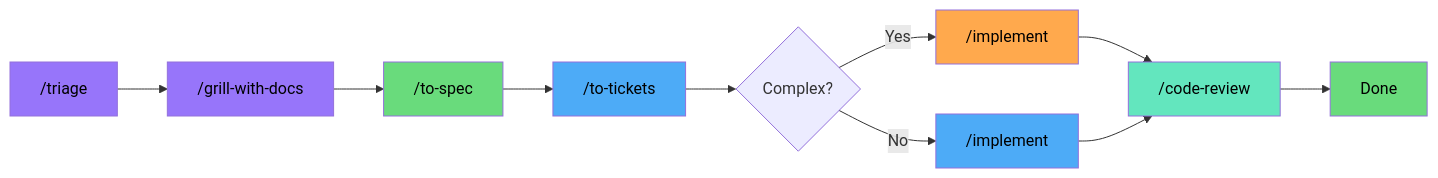
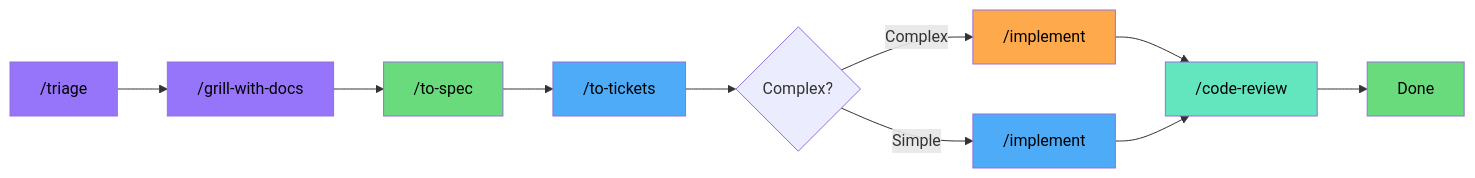
Before and after one commit to elisharkray1030/ai-coding-workflow: the first of 12 diagrams in README.md, drawn with Mermaid. The commit also changed other lines of this file, not shown here.

First line of the commit message:
fix: clarify mermaid diagram labels and add quality gate loop

````diff
--- a/README.md
+++ b/README.md
@@ -35,27 +35,27 @@
 ```mermaid
 graph LR
     TR[ /triage] --> IN[ /grill-with-docs]
     IN --> SP[ /to-spec]
     SP --> TK[ /to-tickets]
     TK --> D{Complex?}
-    D -->|Yes| IC[ /implement]
-    D -->|No| IS[ /implement]
+    D -->|Complex| IC[ /implement]
+    D -->|Simple| IS[ /implement]
     IC --> CR[ /code-review]
     IS --> CR
     CR --> DN[Done]
 
     classDef purple fill:#9775fa,color:#000
     classDef green fill:#69db7c,color:#000
     classDef blue fill:#4dabf7,color:#000
     classDef orange fill:#ffa94d,color:#000
     classDef teal fill:#63e6be,color:#000
     classDef yellow fill:#fcc419,color:#000
     classDef red fill:#ff8787,color:#000
 
     class TR,IN purple
     class SP green
     class TK,IS blue
     class IC orange
     class CR teal
     class DN green
 ```
````
